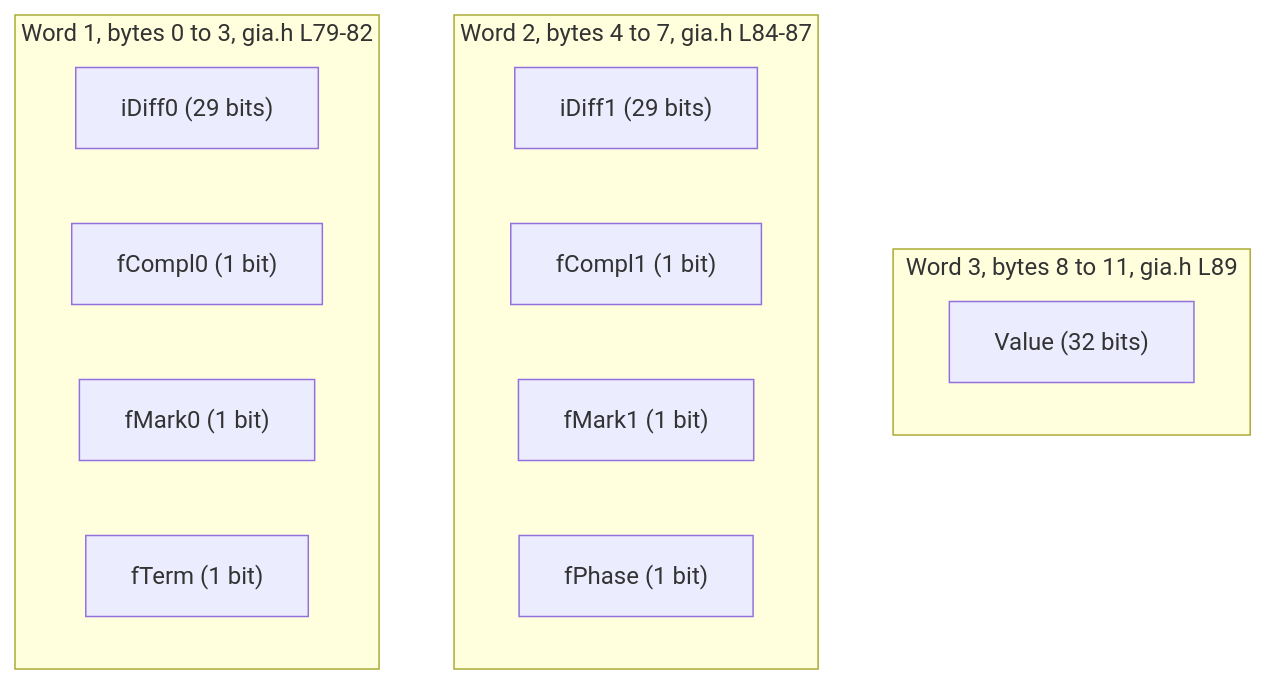
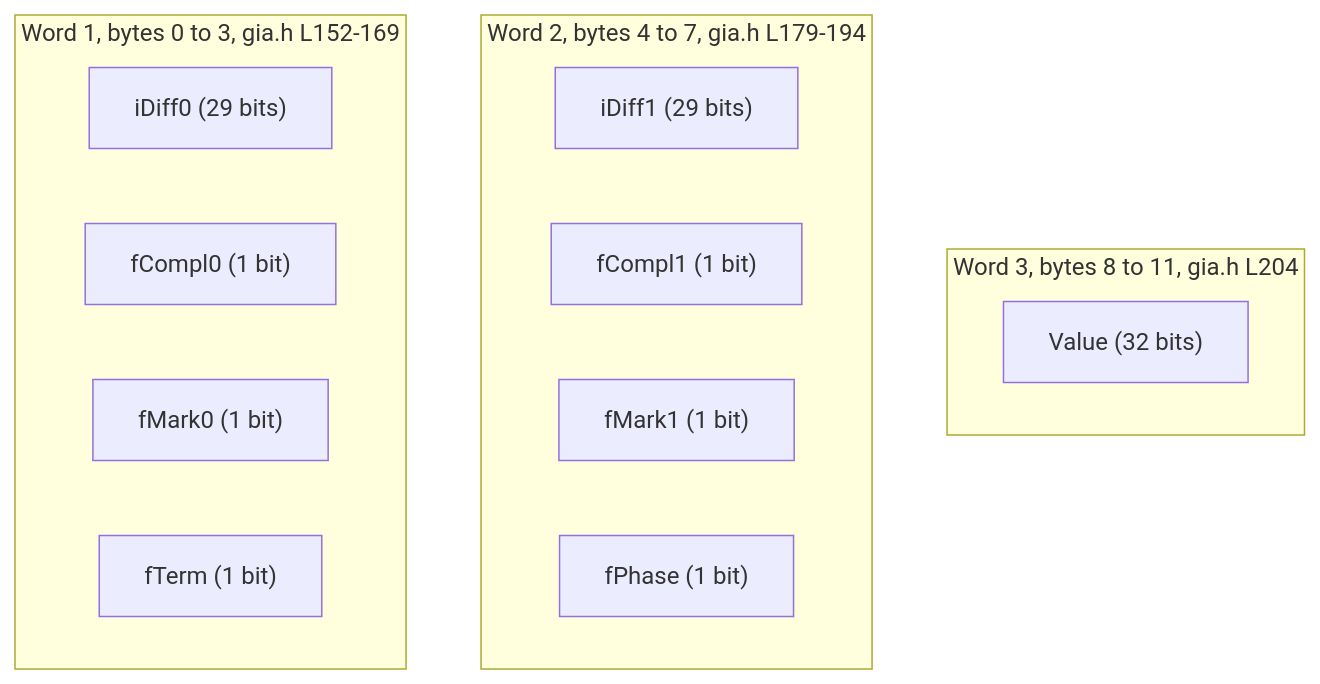
The first of 2 diagrams in src/aig/gia/ENCODING.md (blitzy-research/abc), drawn with Mermaid before and after one commit. The commit also changed other lines of this file and 5 other files, not shown here.

````diff
--- a/src/aig/gia/ENCODING.md
+++ b/src/aig/gia/ENCODING.md
@@ -136,18 +138,18 @@
 ```mermaid
 graph TD
-    subgraph W3["Word 3, bytes 8 to 11, gia.h L89"]
+    subgraph W3["Word 3, bytes 8 to 11, gia.h L204"]
         V["Value (32 bits)"]
     end
-    subgraph W2["Word 2, bytes 4 to 7, gia.h L84-87"]
+    subgraph W2["Word 2, bytes 4 to 7, gia.h L179-194"]
         D1["iDiff1 (29 bits)"]
         C1["fCompl1 (1 bit)"]
         M1["fMark1 (1 bit)"]
         P["fPhase (1 bit)"]
     end
-    subgraph W1["Word 1, bytes 0 to 3, gia.h L79-82"]
+    subgraph W1["Word 1, bytes 0 to 3, gia.h L152-169"]
         D0["iDiff0 (29 bits)"]
         C0["fCompl0 (1 bit)"]
         M0["fMark0 (1 bit)"]
         T["fTerm (1 bit)"]
     end
 ```
````
